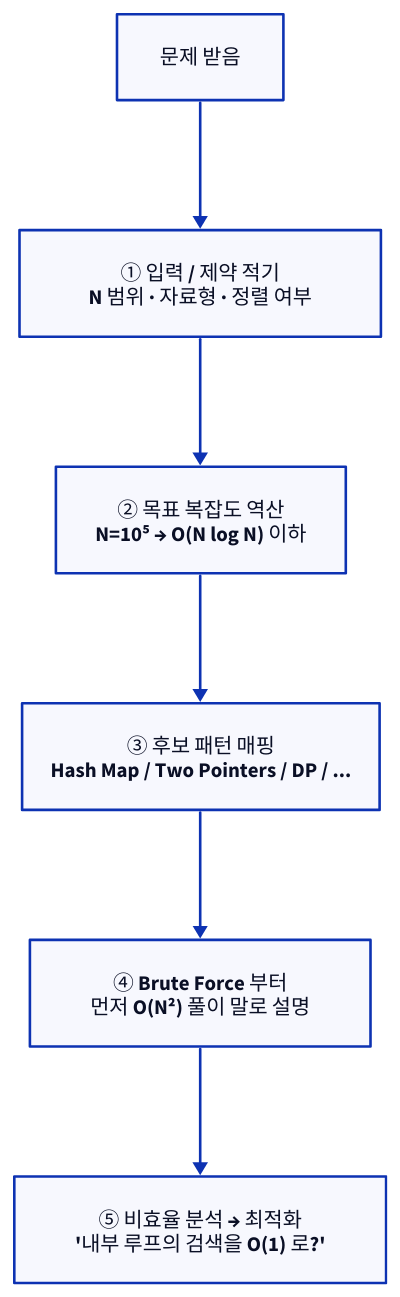
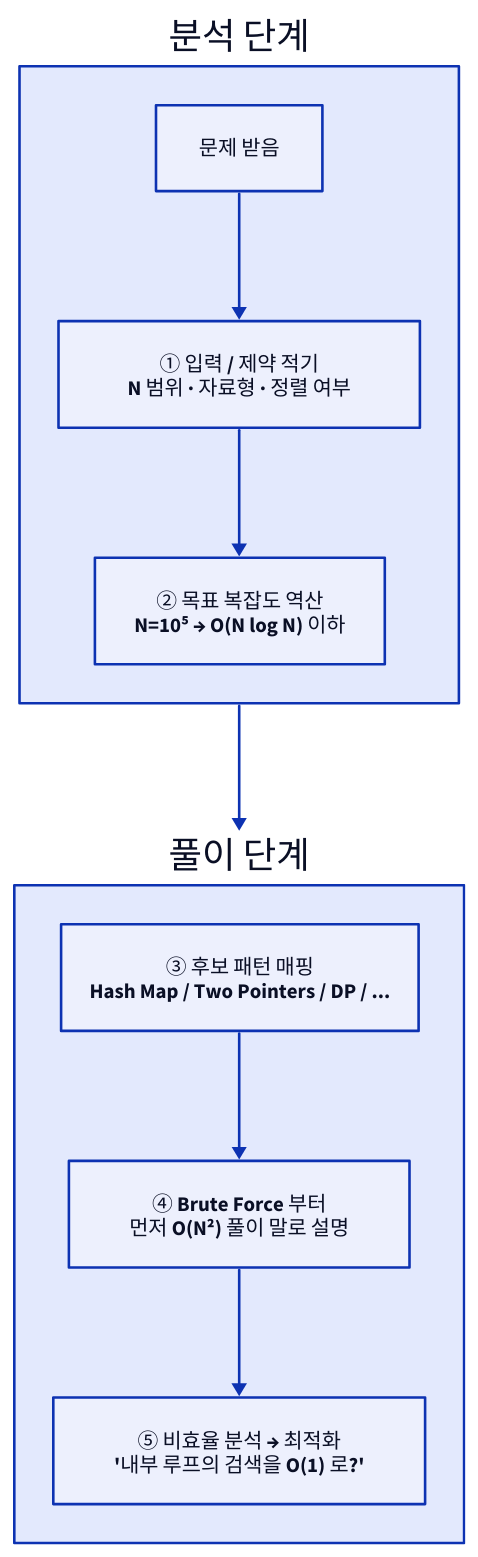
Before and after one commit to humbleowl39/DV_SKOOL: the diagram in topics/bigtech_algorithm/docs/01_big_o_explained.md, drawn with D2. The commit also changed 90 other files, not shown here.

First line of the commit message:
docs: 전 토픽 다이어그램 정비 — ASCII→D2, mermaid→D2, 과대 D2 가시성 수정

````diff
--- a/topics/bigtech_algorithm/docs/01_big_o_explained.md
+++ b/topics/bigtech_algorithm/docs/01_big_o_explained.md
@@ -198,15 +198,21 @@
 ```d2
 direction: down
 
-P0: "문제 받음"
-P1: "① 입력 / 제약 적기\nN 범위 · 자료형 · 정렬 여부"
-P2: "② 목표 복잡도 역산\nN=10⁵ → O(N log N) 이하"
-P3: "③ 후보 패턴 매핑\nHash Map / Two Pointers / DP / ..."
-P4: "④ Brute Force 부터\n먼저 O(N²) 풀이 말로 설명"
-P5: "⑤ 비효율 분석 → 최적화\n'내부 루프의 검색을 O(1) 로?'"
-P0 -> P1
-P1 -> P2
-P2 -> P3
-P3 -> P4
-P4 -> P5
+G1: "분석 단계" {
+  direction: down
+  P0: "문제 받음"
+  P1: "① 입력 / 제약 적기\nN 범위 · 자료형 · 정렬 여부"
+  P2: "② 목표 복잡도 역산\nN=10⁵ → O(N log N) 이하"
+  P0 -> P1
+  P1 -> P2
+}
+G2: "풀이 단계" {
+  direction: down
+  P3: "③ 후보 패턴 매핑\nHash Map / Two Pointers / DP / ..."
+  P4: "④ Brute Force 부터\n먼저 O(N²) 풀이 말로 설명"
+  P5: "⑤ 비효율 분석 → 최적화\n'내부 루프의 검색을 O(1) 로?'"
+  P3 -> P4
+  P4 -> P5
+}
+G1 -> G2
 ```
````
